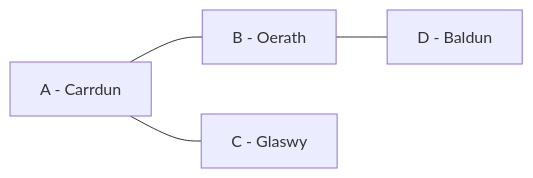
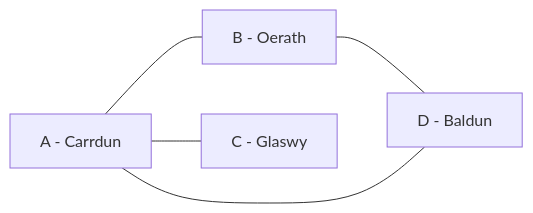
The diagram in setting/region/Connections.mmd (rstevenson1237/setting_builder), drawn with Mermaid before and after one commit. The commit also changed 26 other files, not shown here.

````diff
--- a/setting/region/Connections.mmd
+++ b/setting/region/Connections.mmd
@@ -1,6 +1,7 @@
 ```mermaid
 graph LR
     A["A - Carrdun"] --- B["B - Oerath"]
     A --- C["C - Glaswy"]
     B --- D["D - Baldun"]
+    A --- D
 ```
````
